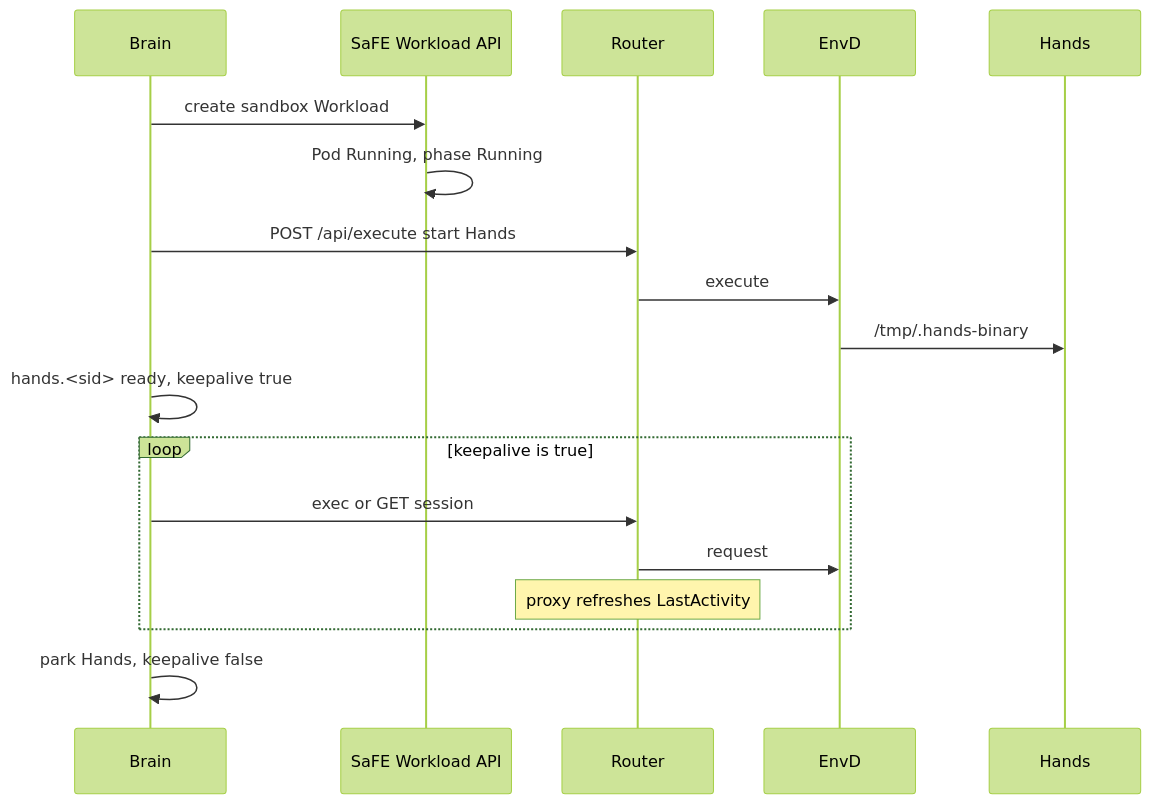
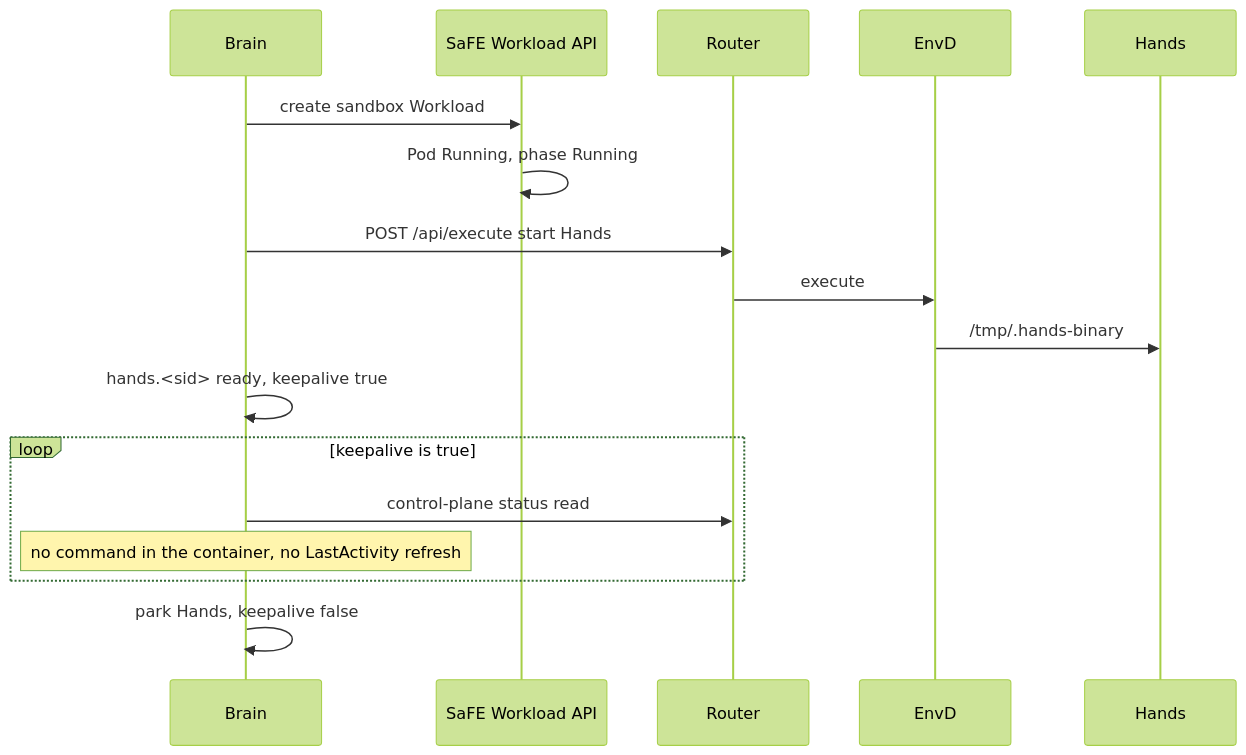
One commit to AMD-AGI/PrimusClaw changed the diagram in claw/docs/sandbox-session-lifecycle.md. Above: the diagram before and after it, drawn with Mermaid (forest theme).

Commit message:
docs(sandbox): stop the lifecycle diagram showing a refresh the text denies
The sequence still drew the Router refreshing LastActivity on every proxied
call, which two sections later the same document says does not happen.

````diff
--- a/claw/docs/sandbox-session-lifecycle.md
+++ b/claw/docs/sandbox-session-lifecycle.md
@@ -30,21 +30,20 @@
 ```mermaid
 sequenceDiagram
     participant Brain
     participant SaFE as SaFE Workload API
     participant Router
     participant EnvD
     participant Hands
 
     Brain->>SaFE: create sandbox Workload
     SaFE->>SaFE: Pod Running, phase Running
     Brain->>Router: POST /api/execute start Hands
     Router->>EnvD: execute
     EnvD->>Hands: /tmp/.hands-binary
     Brain->>Brain: hands.<sid> ready, keepalive true
     loop keepalive is true
-        Brain->>Router: exec or GET session
-        Router->>EnvD: request
-        Note over Router: proxy refreshes LastActivity
+        Brain->>Router: control-plane status read
+        Note over Brain: no command in the container, no LastActivity refresh
     end
     Brain->>Brain: park Hands, keepalive false
 ```
````
